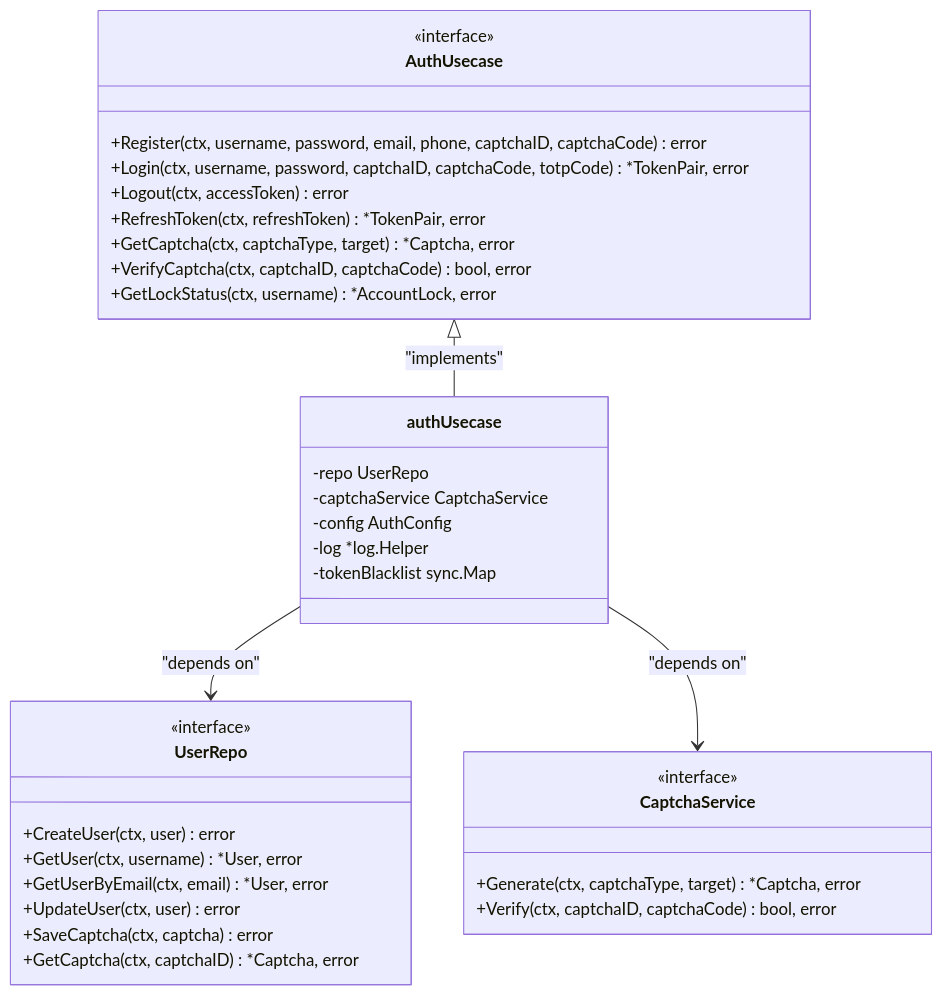
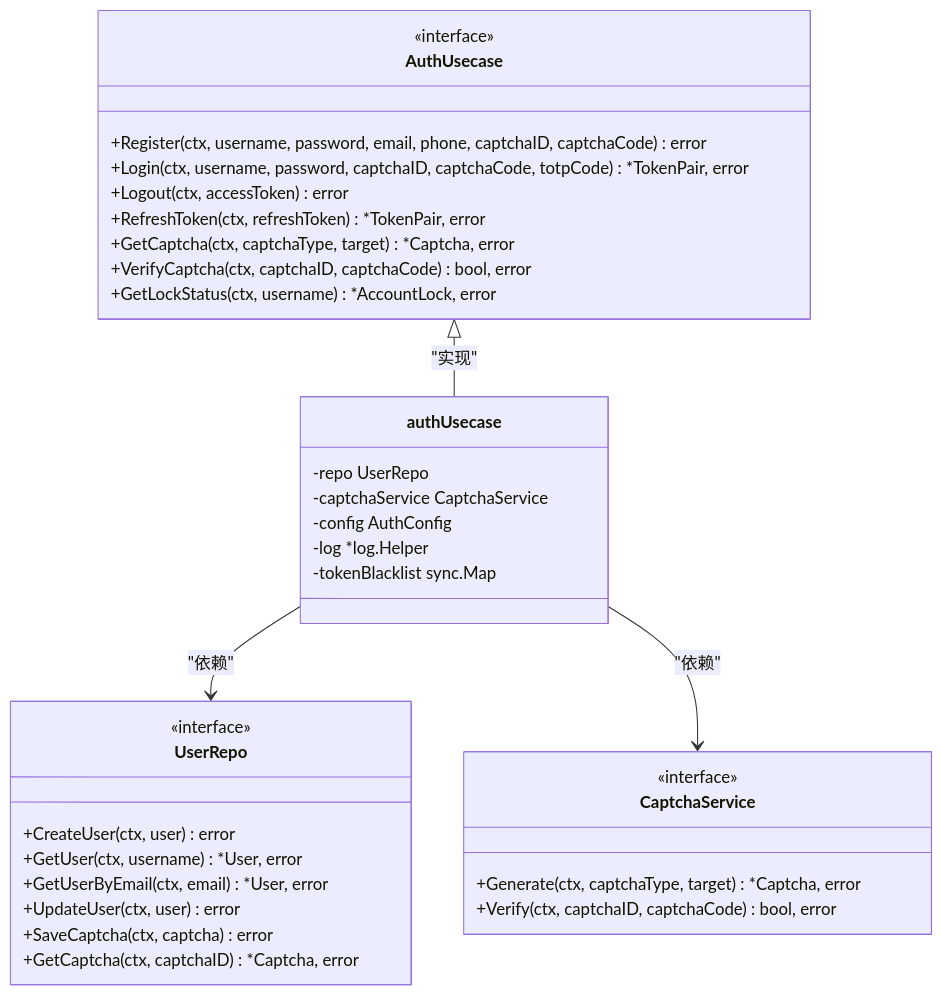
Before and after one commit to 26huitailang/kratos-boilerplate: the third of 8 diagrams in .qoder/repowiki/zh/content/Development Guide/Adding New Features.md, drawn with Mermaid. The commit also changed other lines of this file and 62 other files, not shown here.

````diff
--- a/.qoder/repowiki/zh/content/Development Guide/Adding New Features.md
+++ b/.qoder/repowiki/zh/content/Development Guide/Adding New Features.md
@@ -108,37 +118,37 @@
 ```mermaid
 classDiagram
 class AuthUsecase {
 <<interface>>
 +Register(ctx, username, password, email, phone, captchaID, captchaCode) error
 +Login(ctx, username, password, captchaID, captchaCode, totpCode) *TokenPair, error
 +Logout(ctx, accessToken) error
 +RefreshToken(ctx, refreshToken) *TokenPair, error
 +GetCaptcha(ctx, captchaType, target) *Captcha, error
 +VerifyCaptcha(ctx, captchaID, captchaCode) bool, error
 +GetLockStatus(ctx, username) *AccountLock, error
 }
 class authUsecase {
 -repo UserRepo
 -captchaService CaptchaService
 -config AuthConfig
 -log *log.Helper
 -tokenBlacklist sync.Map
 }
-AuthUsecase <|-- authUsecase : "implements"
+AuthUsecase <|-- authUsecase : "实现"
 class UserRepo {
 <<interface>>
 +CreateUser(ctx, user) error
 +GetUser(ctx, username) *User, error
 +GetUserByEmail(ctx, email) *User, error
 +UpdateUser(ctx, user) error
 +SaveCaptcha(ctx, captcha) error
 +GetCaptcha(ctx, captchaID) *Captcha, error
 }
 class CaptchaService {
 <<interface>>
 +Generate(ctx, captchaType, target) *Captcha, error
 +Verify(ctx, captchaID, captchaCode) bool, error
 }
-authUsecase --> UserRepo : "depends on"
-authUsecase --> CaptchaService : "depends on"
+authUsecase --> UserRepo : "依赖"
+authUsecase --> CaptchaService : "依赖"
 ```
````
